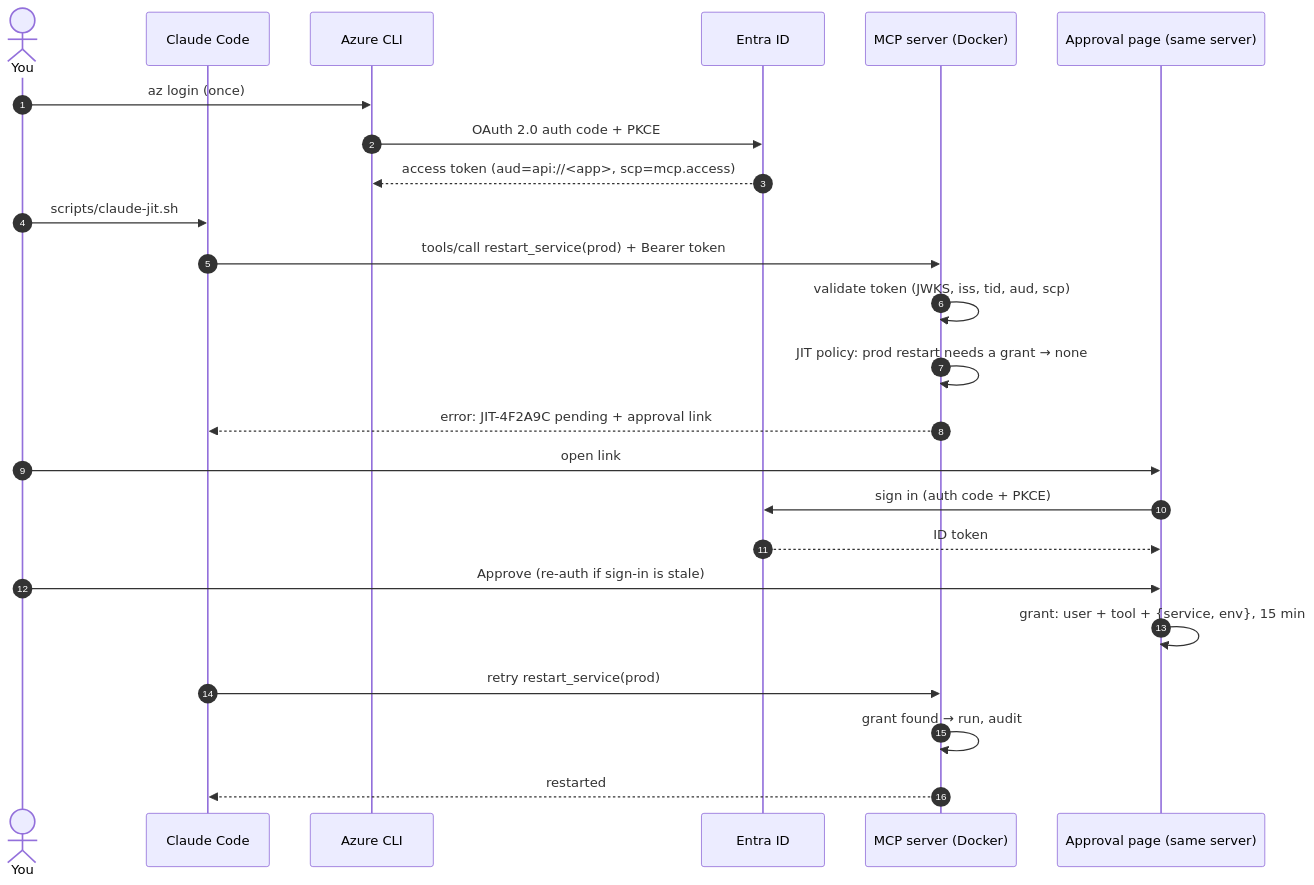
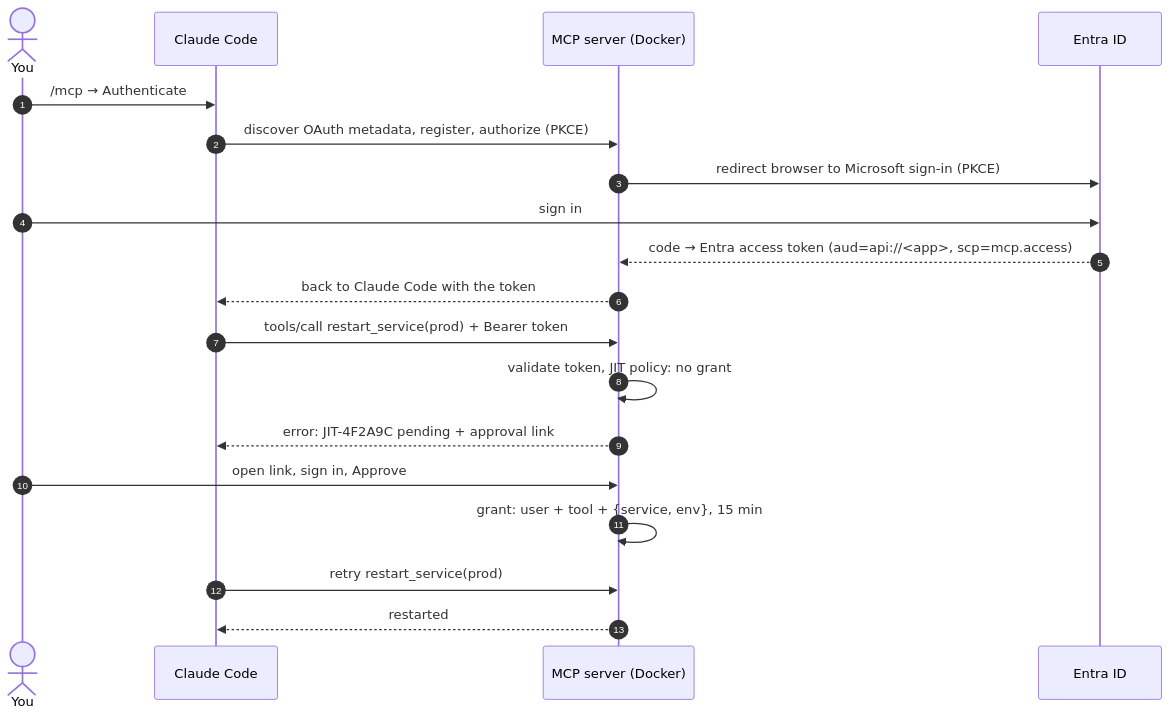
One commit to kxw9298/mcp-jit-entra-demo changed the diagram in README.md. Above: the diagram before and after it, drawn with Mermaid. The commit also changed 1 other file, not shown here.

Commit message:
Docs: diagram and troubleshooting for native sign-in
Claude-Session: https://claude.ai/code/session_01Wpv7oiybBjYCaEgJKvixVy

````diff
--- a/README.md
+++ b/README.md
@@ -33,27 +33,22 @@
 ```mermaid
 sequenceDiagram
     autonumber
     actor U as You
     participant CC as Claude Code
-    participant AZ as Azure CLI
+    participant M as MCP server (Docker)
     participant E as Entra ID
-    participant M as MCP server (Docker)
-    participant W as Approval page (same server)
 
-    U->>AZ: az login (once)
-    AZ->>E: OAuth 2.0 auth code + PKCE
-    E-->>AZ: access token (aud=api://<app>, scp=mcp.access)
-    U->>CC: scripts/claude-jit.sh
+    U->>CC: /mcp → Authenticate
+    CC->>M: discover OAuth metadata, register, authorize (PKCE)
+    M->>E: redirect browser to Microsoft sign-in (PKCE)
+    U->>E: sign in
+    E-->>M: code → Entra access token (aud=api://<app>, scp=mcp.access)
+    M-->>CC: back to Claude Code with the token
     CC->>M: tools/call restart_service(prod) + Bearer token
-    M->>M: validate token (JWKS, iss, tid, aud, scp)
-    M->>M: JIT policy: prod restart needs a grant → none
+    M->>M: validate token, JIT policy: no grant
     M-->>CC: error: JIT-4F2A9C pending + approval link
-    U->>W: open link
-    W->>E: sign in (auth code + PKCE)
-    E-->>W: ID token
-    U->>W: Approve (re-auth if sign-in is stale)
-    W->>W: grant: user + tool + {service, env}, 15 min
+    U->>M: open link, sign in, Approve
+    M->>M: grant: user + tool + {service, env}, 15 min
     CC->>M: retry restart_service(prod)
-    M->>M: grant found → run, audit
     M-->>CC: restarted
 ```
````
